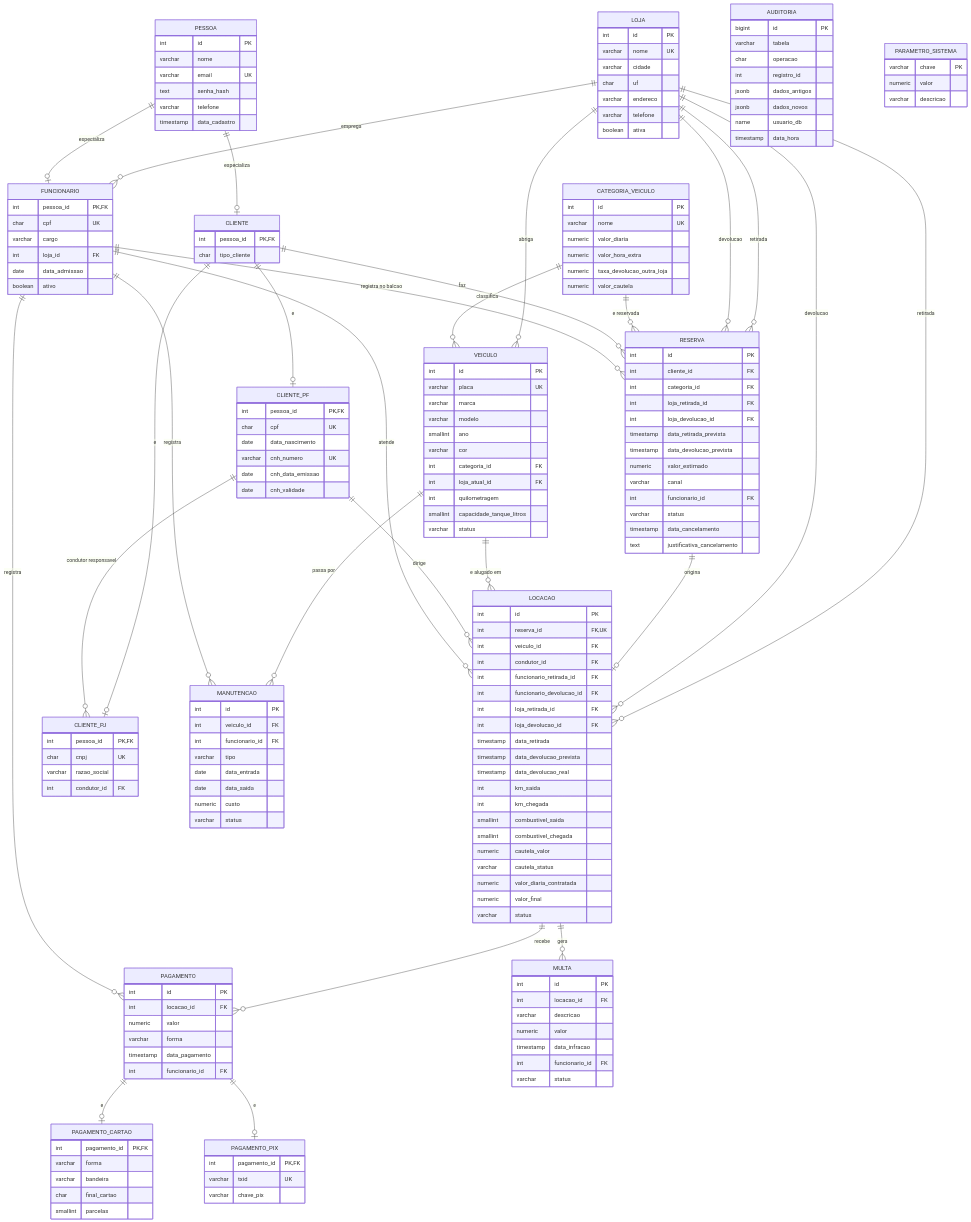
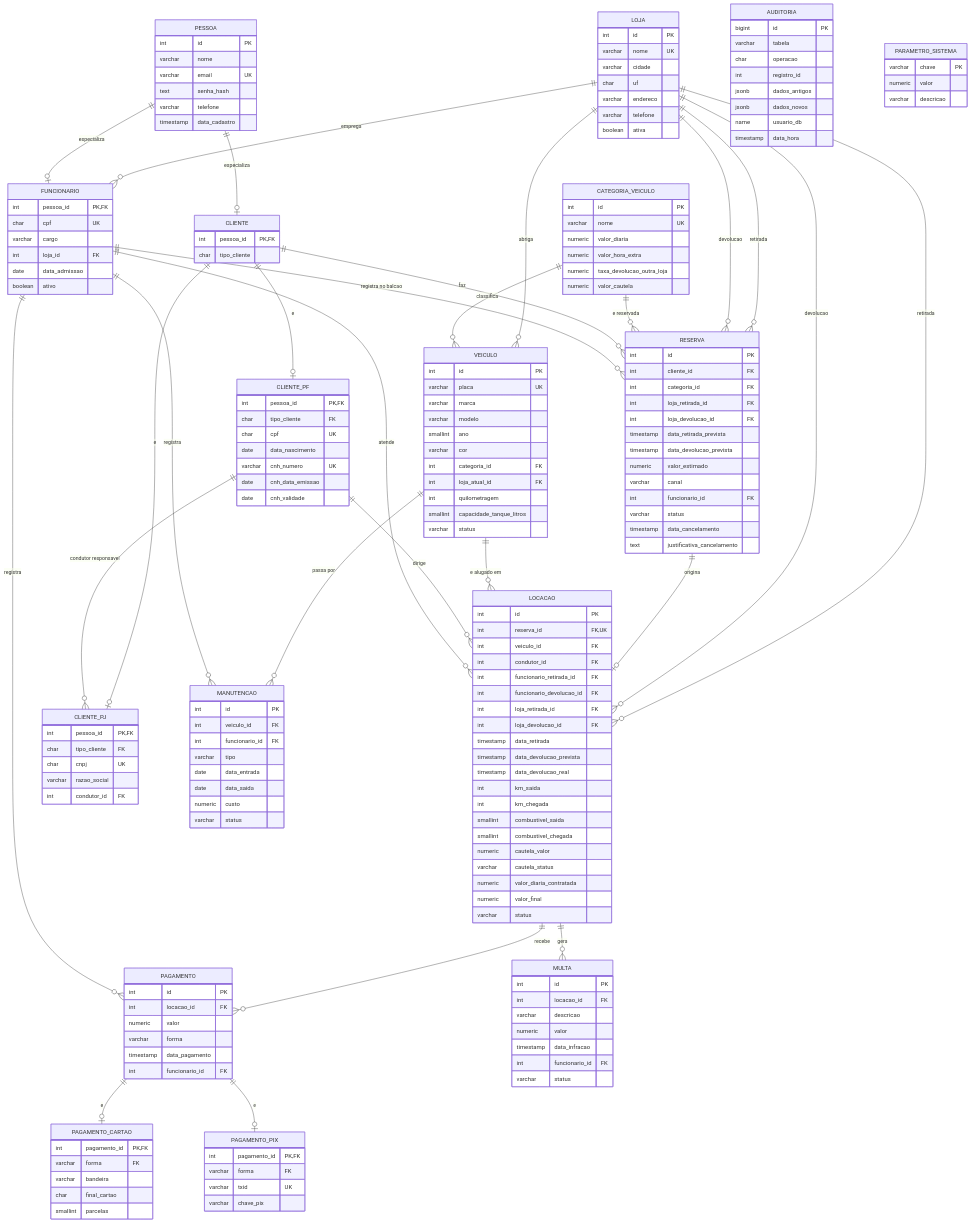
The first of 9 diagrams in docs/artigo.md (lucasorlandi7/NextDrive), drawn with Mermaid before and after one commit. The commit also changed other lines of this file, not shown here.

Commit message:
corrige imagem e fk
Updated the description of the relational diagram and modified the 'forma' field in payment tables to be a foreign key.

```diff
--- a/docs/artigo.md
+++ b/docs/artigo.md
@@ -245,6 +244,7 @@
     }
     CLIENTE_PF {
         int pessoa_id PK,FK
+        char tipo_cliente FK
         char cpf UK
         date data_nascimento
         varchar cnh_numero UK
@@ -253,6 +253,7 @@
     }
     CLIENTE_PJ {
         int pessoa_id PK,FK
+        char tipo_cliente FK
         char cnpj UK
         varchar razao_social
         int condutor_id FK
@@ -304,13 +305,14 @@
     }
     PAGAMENTO_CARTAO {
         int pagamento_id PK,FK
-        varchar forma
+        varchar forma FK
         varchar bandeira
         char final_cartao
         smallint parcelas
     }
     PAGAMENTO_PIX {
         int pagamento_id PK,FK
+        varchar forma FK
         varchar txid UK
         varchar chave_pix
     }
```
